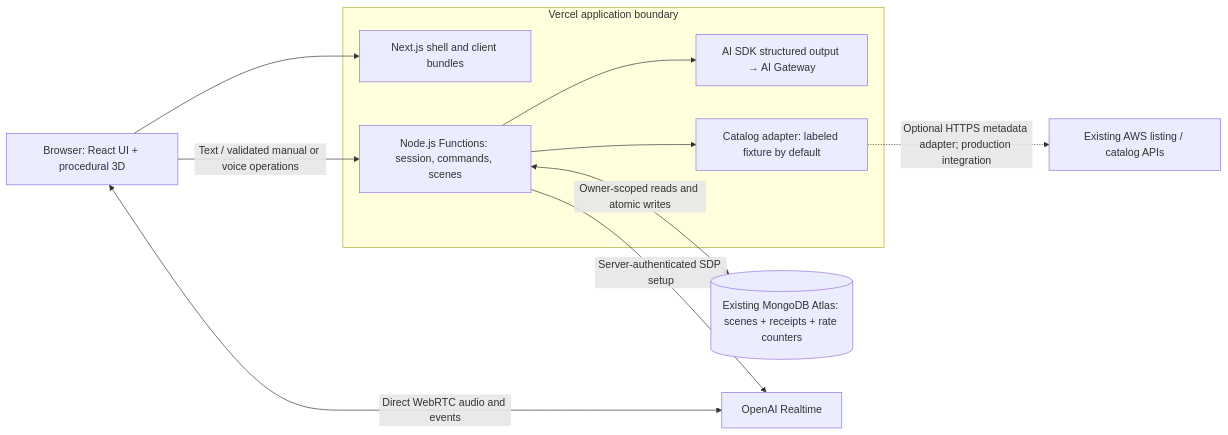
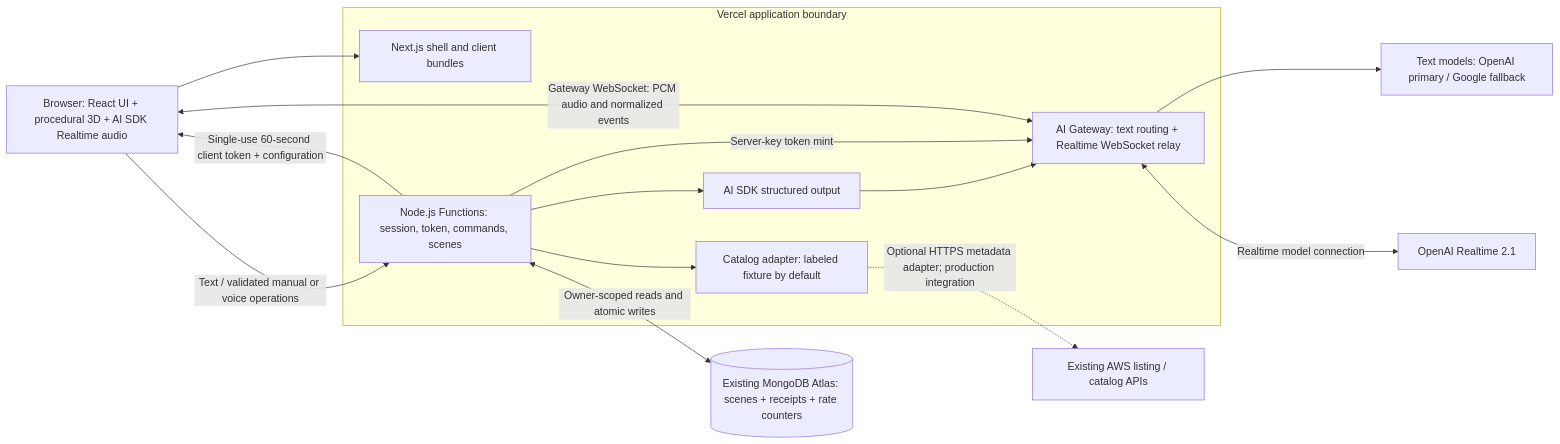
Before and after one commit to kyuhunlee/voxbuild: the second of 2 diagrams in docs/architecture.md, drawn with Mermaid. The commit also changed other lines of this file and 22 other files, not shown here.

Commit message:
Route realtime voice through AI Gateway and refresh the case study

````diff
--- a/docs/architecture.md
+++ b/docs/architecture.md
@@ -23,21 +23,26 @@
 ```mermaid
 flowchart LR
-  B["Browser: React UI + procedural 3D"]
-  O["OpenAI Realtime"]
+  B["Browser: React UI + procedural 3D + AI SDK Realtime audio"]
+  O["OpenAI Realtime 2.1"]
+  T["Text models: OpenAI primary / Google fallback"]
   subgraph V["Vercel application boundary"]
     N["Next.js shell and client bundles"]
-    A["Node.js Functions: session, commands, scenes"]
-    G["AI SDK structured output → AI Gateway"]
+    A["Node.js Functions: session, token, commands, scenes"]
+    S["AI SDK structured output"]
+    G["AI Gateway: text routing + Realtime WebSocket relay"]
     C["Catalog adapter: labeled fixture by default"]
   end
   DB[("Existing MongoDB Atlas: scenes + receipts + rate counters")]
   AWS["Existing AWS listing / catalog APIs"]
   B --> N
   B -->|"Text / validated manual or voice operations"| A
-  A --> G
+  A --> S --> G
+  A -->|"Server-key token mint"| G
+  A -->|"Single-use 60-second client token + configuration"| B
   A --> C
   A <-->|"Owner-scoped reads and atomic writes"| DB
-  A -->|"Server-authenticated SDP setup"| O
-  B <-->|"Direct WebRTC audio and events"| O
+  B <-->|"Gateway WebSocket: PCM audio and normalized events"| G
+  G --> T
+  G <-->|"Realtime model connection"| O
   C -.->|"Optional HTTPS metadata adapter; production integration"| AWS
 ```
````
